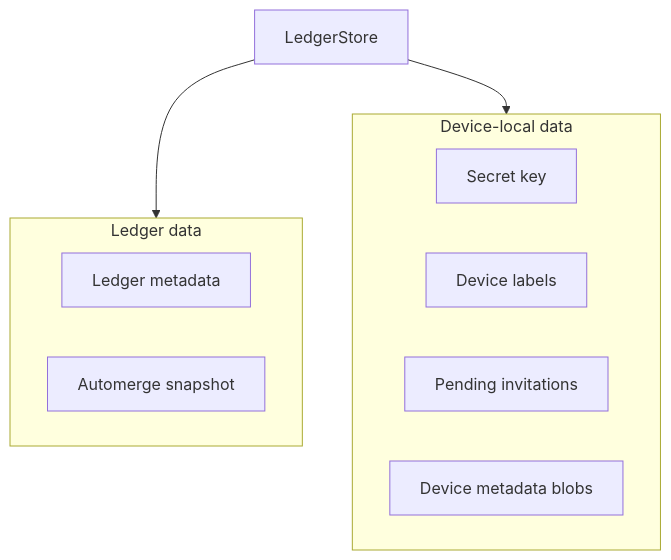
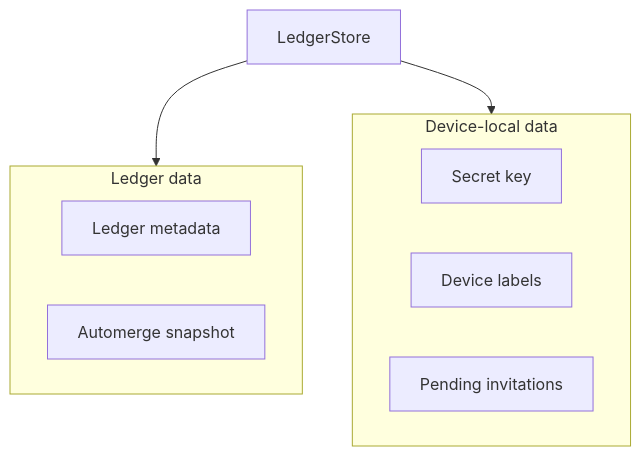
Before and after one commit to unbill-project/unbill: the diagram in .sirno/lake/unbill-storage.md, drawn with Mermaid. The commit also changed other lines of this file and 31 other files, not shown here.

Commit message:
refactor: use typed device metadata across storage backends

````diff
--- a/.sirno/lake/unbill-storage.md
+++ b/.sirno/lake/unbill-storage.md
@@ -18,17 +18,16 @@
 ```mermaid
 flowchart TB
     Store["LedgerStore"]
     subgraph LedgerData["Ledger data"]
         Meta["Ledger metadata"]
         Snapshot["Automerge snapshot"]
     end
     subgraph DeviceData["Device-local data"]
         Key["Secret key"]
         Labels["Device labels"]
         Pending["Pending invitations"]
-        Blobs["Device metadata blobs"]
     end
 
     Store --> LedgerData
     Store --> DeviceData
 ```
````
